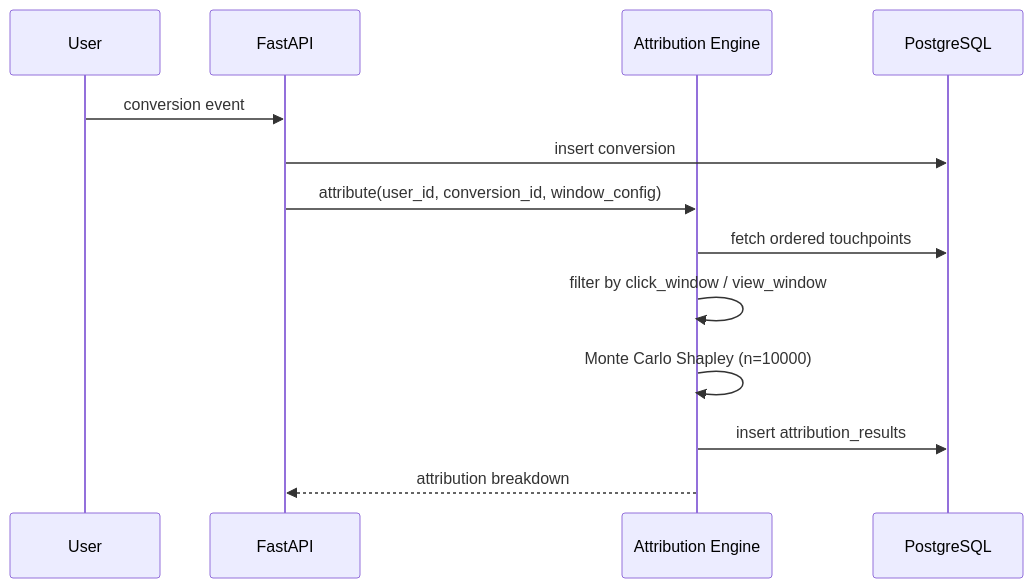
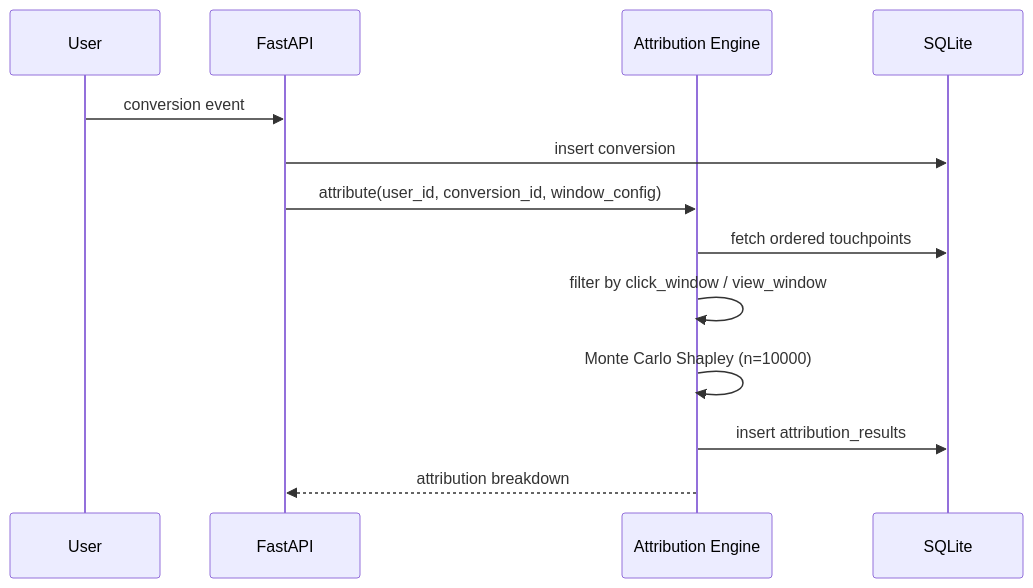
One commit to hutao-7777/ADPULSE changed the fifth of 8 diagrams in docs/architecture.md. Above: the diagram before and after it, drawn with Mermaid. The commit also changed other lines of this file and 68 other files, not shown here.

````diff
--- a/docs/architecture.md
+++ b/docs/architecture.md
@@ -221,16 +205,16 @@
 ```mermaid
 sequenceDiagram
     participant U as User
     participant API as FastAPI
     participant ATT as Attribution Engine
-    participant PG as PostgreSQL
+    participant DB as SQLite
 
     U->>API: conversion event
-    API->>PG: insert conversion
+    API->>DB: insert conversion
     API->>ATT: attribute(user_id, conversion_id, window_config)
-    ATT->>PG: fetch ordered touchpoints
+    ATT->>DB: fetch ordered touchpoints
     ATT->>ATT: filter by click_window / view_window
     ATT->>ATT: Monte Carlo Shapley (n=10000)
-    ATT->>PG: insert attribution_results
+    ATT->>DB: insert attribution_results
     ATT-->>API: attribution breakdown
 ```
````
